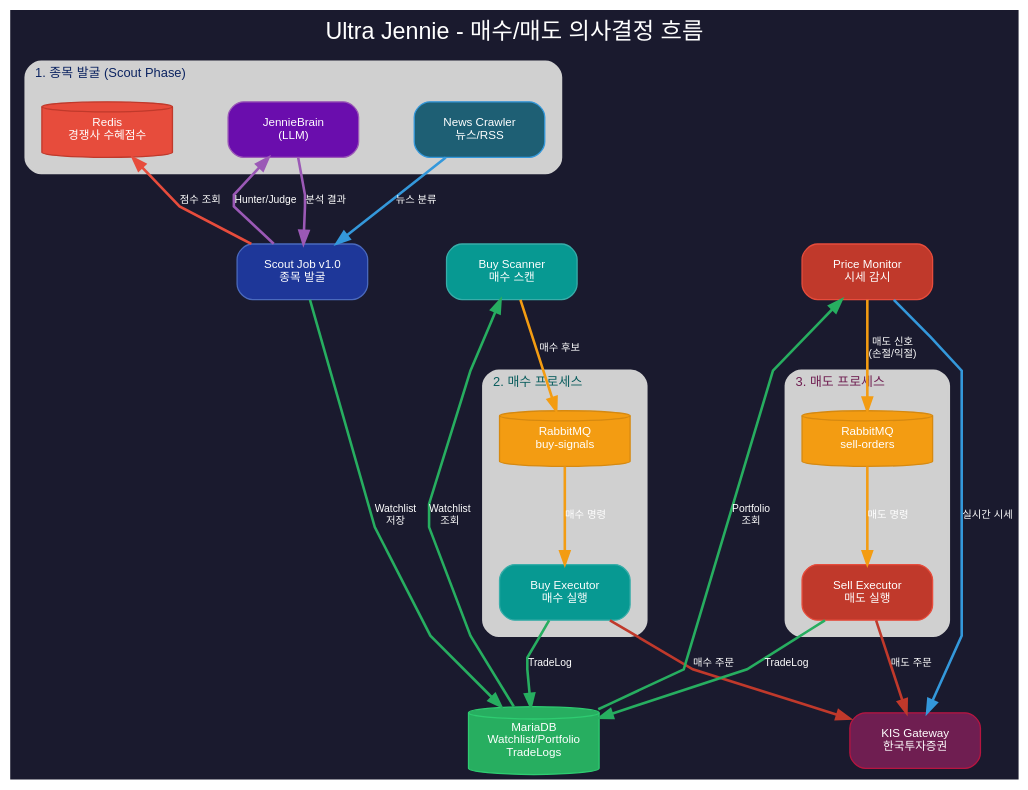
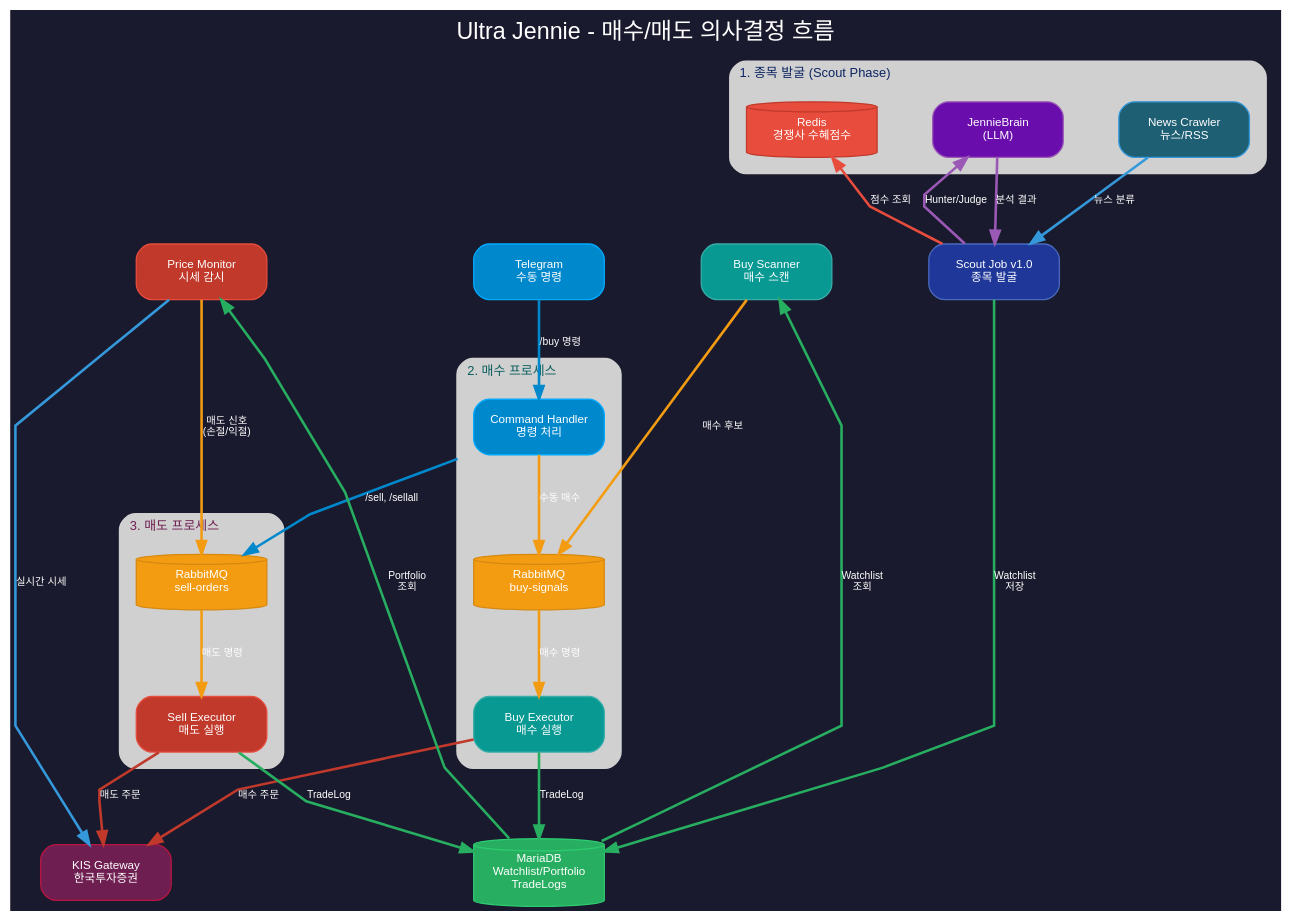
The diagram in docs/architecture/02_buy_sell_decision_flow.dot (youngs7596/our-ultra-jennie), drawn with Graphviz before and after one commit. The commit also changed 2 other files, not shown here.

Commit message:
docs: update architecture diagrams with new services
- Add Command Handler, Scheduler Service, Telegram to overall architecture
- Add manual trading flow via Telegram in buy/sell decision flow
- Add Scheduler and Command Handler connections in MSA module links
- Preserve existing layout structure

```diff
--- a/docs/architecture/02_buy_sell_decision_flow.dot
+++ b/docs/architecture/02_buy_sell_decision_flow.dot
@@ -1,170 +1,175 @@
 digraph BuySellDecisionFlow {
     // 전체 스타일 설정
     bgcolor="#1a1a2e";
     fontname="Helvetica,Arial,sans-serif";
     label="Ultra Jennie - 매수/매도 의사결정 흐름";
     labelloc=t;
     fontsize=18;
     fontcolor="white";
     rankdir=TB;
     compound=true;
     splines=polyline;
     nodesep=0.6;
     ranksep=0.8;
 
     // 기본 노드 스타일
     node [
         style="rounded,filled",
         shape=box,
         fontname="Helvetica,Arial,sans-serif",
         fontsize=9,
         fontcolor="white",
         width=1.4,
         height=0.6
     ];
 
     // 기본 엣지 스타일
     edge [
         fontname="Helvetica,Arial,sans-serif",
         fontsize=8,
         fontcolor="white",
         penwidth=2
     ];
 
     // ============================================================
     // 종목 발굴 (Scout Phase)
     // ============================================================
     subgraph cluster_scout {
         label="1. 종목 발굴 (Scout Phase)";
         labeljust=l;
         style="rounded,filled";
         bgcolor="#f0f0ff";
         color="#d0d0d0";
         fontcolor="#0c2461";
         fontsize=10;
         penwidth=2;
         margin=12;
 
         SCOUT [label="Scout Job v1.0\n종목 발굴", fillcolor="#1e3799", color="#4a69bd"];
         LLM [label="JennieBrain\n(LLM)", fillcolor="#6a0dad", color="#9b59b6"];
         NEWS [label="News Crawler\n뉴스/RSS", fillcolor="#1e5f74", color="#3498db"];
         REDIS_COMP [label="Redis\n경쟁사 수혜점수", fillcolor="#e74c3c", color="#c0392b", shape=cylinder];
         
         NEWS -> SCOUT [color="#3498db", label="뉴스 분류"];
         SCOUT -> LLM [color="#9b59b6", label="Hunter/Judge"];
         LLM -> SCOUT [color="#9b59b6", label="분석 결과"];
         SCOUT -> REDIS_COMP [color="#e74c3c", label="점수 조회"];
     }
 
     // ============================================================
     // 매수 프로세스
     // ============================================================
     subgraph cluster_buy {
         label="2. 매수 프로세스";
         labeljust=l;
         style="rounded,filled";
         bgcolor="#f0fff0";
         color="#d0d0d0";
         fontcolor="#0a5d5d";
         fontsize=10;
         penwidth=2;
         margin=12;
 
+        TELEGRAM [label="Telegram\n수동 명령", fillcolor="#0088cc", color="#00aaff"];
+        CMD_HANDLER [label="Command Handler\n명령 처리", fillcolor="#0088cc", color="#00aaff"];
         BUY_SCAN [label="Buy Scanner\n매수 스캔", fillcolor="#079992", color="#38ada9"];
         MQ_BUY [label="RabbitMQ\nbuy-signals", fillcolor="#f39c12", color="#d68910", shape=cylinder];
         BUY_EXEC [label="Buy Executor\n매수 실행", fillcolor="#079992", color="#38ada9"];
         
+        TELEGRAM -> CMD_HANDLER [color="#0088cc", label="/buy 명령"];
+        CMD_HANDLER -> MQ_BUY [color="#f39c12", label="수동 매수"];
         BUY_SCAN -> MQ_BUY [color="#f39c12", label="매수 후보"];
         MQ_BUY -> BUY_EXEC [color="#f39c12", label="매수 명령"];
     }
 
     // ============================================================
     // 매도 프로세스
     // ============================================================
     subgraph cluster_sell {
         label="3. 매도 프로세스";
         labeljust=l;
         style="rounded,filled";
         bgcolor="#fff0f0";
         color="#d0d0d0";
         fontcolor="#6F1E51";
         fontsize=10;
         penwidth=2;
         margin=12;
 
         PRICE_MON [label="Price Monitor\n시세 감시", fillcolor="#c0392b", color="#e74c3c"];
         MQ_SELL [label="RabbitMQ\nsell-orders", fillcolor="#f39c12", color="#d68910", shape=cylinder];
         SELL_EXEC [label="Sell Executor\n매도 실행", fillcolor="#c0392b", color="#e74c3c"];
         
         PRICE_MON -> MQ_SELL [color="#f39c12", label="매도 신호\n(손절/익절)"];
+        CMD_HANDLER -> MQ_SELL [color="#0088cc", label="/sell, /sellall", ltail=cluster_buy];
         MQ_SELL -> SELL_EXEC [color="#f39c12", label="매도 명령"];
     }
 
     // ============================================================
     // 데이터 저장소
     // ============================================================
     subgraph cluster_data {
         label="데이터 저장소";
         labeljust=l;
         style="rounded,filled";
         bgcolor="#f5f5f5";
         color="#d0d0d0";
         fontcolor="#1a5a1a";
         fontsize=10;
         penwidth=2;
         margin=12;
 
         DB [label="MariaDB\nWatchlist/Portfolio\nTradeLogs", fillcolor="#27ae60", color="#2ecc71", shape=cylinder];
     }
 
     // ============================================================
     // 외부 시스템
     // ============================================================
     subgraph cluster_external {
         label="외부 시스템";
         labeljust=l;
         style="rounded,filled";
         bgcolor="#f5f0ff";
         color="#d0d0d0";
         fontcolor="#4a1942";
         fontsize=10;
         penwidth=2;
         margin=12;
 
         KIS [label="KIS Gateway\n한국투자증권", fillcolor="#6F1E51", color="#b71540"];
     }
 
     // ============================================================
     // 클러스터 간 연결
     // ============================================================
     
     // Scout -> DB (Watchlist 저장)
     SCOUT -> DB [color="#27ae60", label="Watchlist\n저장"];
     
     // DB -> Buy Scanner (Watchlist 조회)
     DB -> BUY_SCAN [color="#27ae60", label="Watchlist\n조회"];
     
     // Buy Executor -> KIS (매수 주문)
     BUY_EXEC -> KIS [color="#c0392b", label="매수 주문"];
     
     // Buy Executor -> DB (거래 기록)
     BUY_EXEC -> DB [color="#27ae60", label="TradeLog"];
     
     // Price Monitor -> KIS (시세 조회)
     PRICE_MON -> KIS [color="#3498db", label="실시간 시세"];
     
     // Price Monitor -> DB (포트폴리오 조회)
     DB -> PRICE_MON [color="#27ae60", label="Portfolio\n조회"];
     
     // Sell Executor -> KIS (매도 주문)
     SELL_EXEC -> KIS [color="#c0392b", label="매도 주문"];
     
     // Sell Executor -> DB (거래 기록)
     SELL_EXEC -> DB [color="#27ae60", label="TradeLog"];
 
     // ============================================================
     // 레이아웃 제어
     // ============================================================
-    { rank=same; SCOUT; BUY_SCAN; PRICE_MON; }
+    { rank=same; SCOUT; BUY_SCAN; PRICE_MON; TELEGRAM; }
     { rank=same; DB; KIS; }
 }
```
